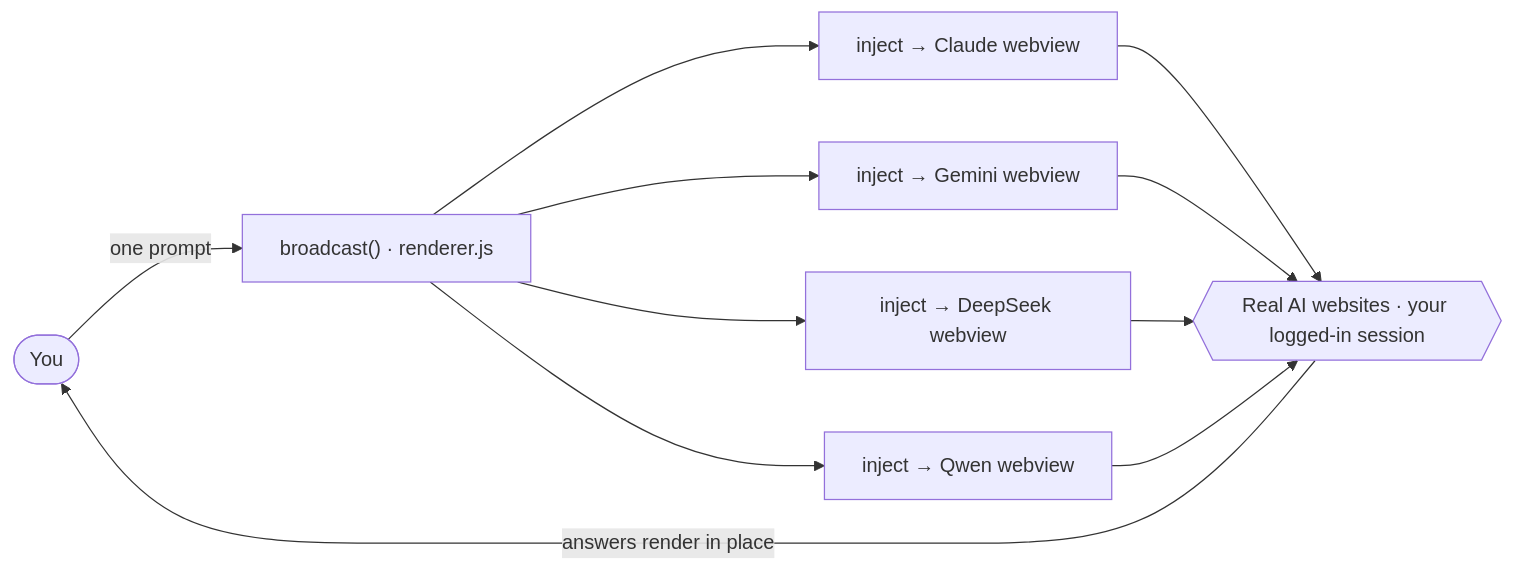
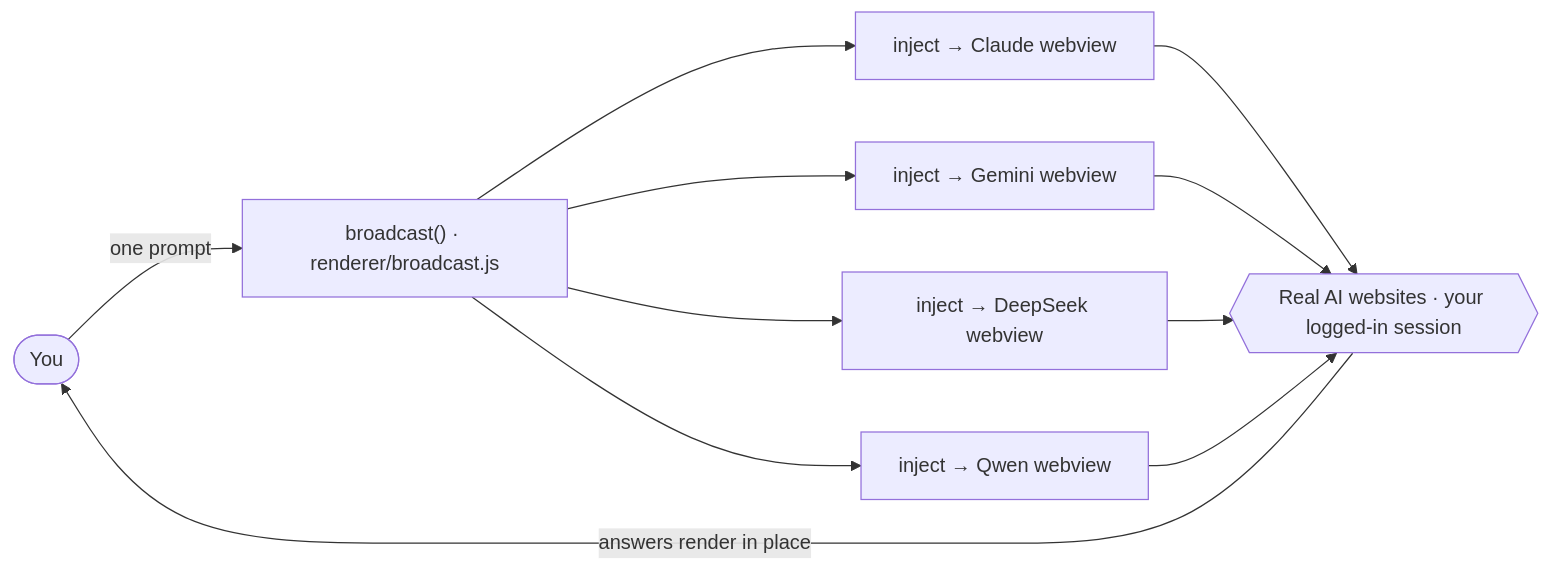
Before and after one commit to battastudio/MulAI: the diagram in README.md, drawn with Mermaid. The commit also changed other lines of this file and 49 other files, not shown here.

````diff
--- a/README.md
+++ b/README.md
@@ -61,10 +80,10 @@
 ```mermaid
 flowchart LR
-    U([You]) -->|one prompt| B["broadcast() · renderer.js"]
+    U([You]) -->|one prompt| B["broadcast() · renderer/broadcast.js"]
     B --> I1[inject → Claude webview]
     B --> I2[inject → Gemini webview]
     B --> I3[inject → DeepSeek webview]
     B --> I4[inject → Qwen webview]
     I1 & I2 & I3 & I4 --> S{{Real AI websites · your logged-in session}}
     S -->|answers render in place| U
 ```
````
